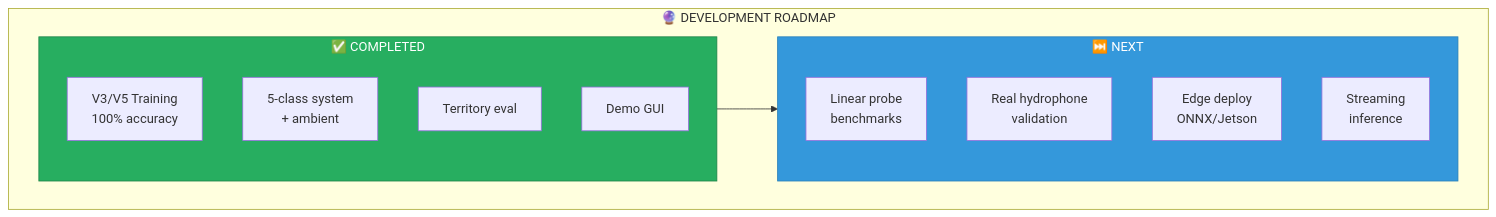
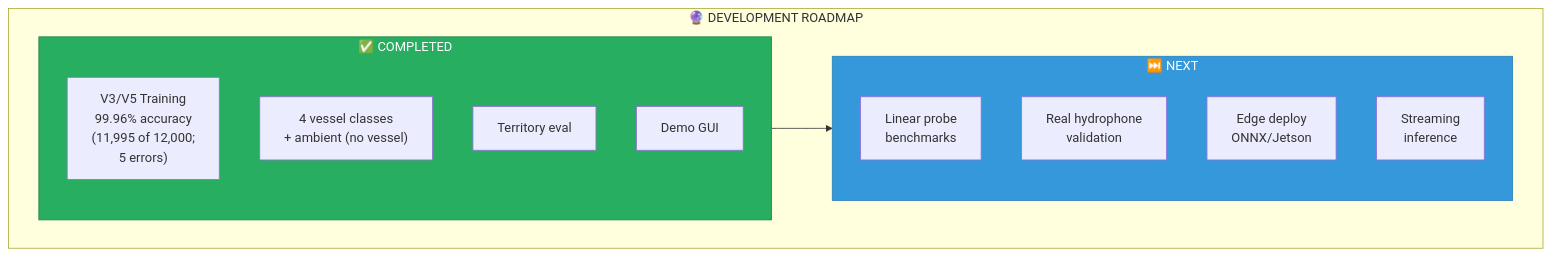
Before and after one commit to suniltyagi/SKANN-SSL: the tenth of 11 diagrams in README.md, drawn with Mermaid. The commit also changed other lines of this file, not shown here.

First line of the commit message:
README: research status, dataset named and linked, 99.96% accuracy, Shan et al. distinction, how to cite

````diff
--- a/README.md
+++ b/README.md
@@ -477,25 +455,25 @@
 ```mermaid
 graph LR
     subgraph Roadmap["🔮 DEVELOPMENT ROADMAP"]
         direction LR
         
         subgraph Done["✅ COMPLETED"]
-            D1["V3/V5 Training<br/>100% accuracy"]
-            D2["5-class system<br/>+ ambient"]
+            D1["V3/V5 Training<br/>99.96% accuracy<br/>(11,995 of 12,000;<br/>5 errors)"]
+            D2["4 vessel classes<br/>+ ambient (no vessel)"]
             D3["Territory eval"]
             D4["Demo GUI"]
         end
         
         subgraph Next["⏭️ NEXT"]
             N1["Linear probe<br/>benchmarks"]
             N2["Real hydrophone<br/>validation"]
             N3["Edge deploy<br/>ONNX/Jetson"]
             N4["Streaming<br/>inference"]
         end
         
         Done --> Next
     end
     
     style Done fill:#27ae60,stroke:#1e8449,color:#fff
     style Next fill:#3498db,stroke:#2980b9,color:#fff
 ```
````
